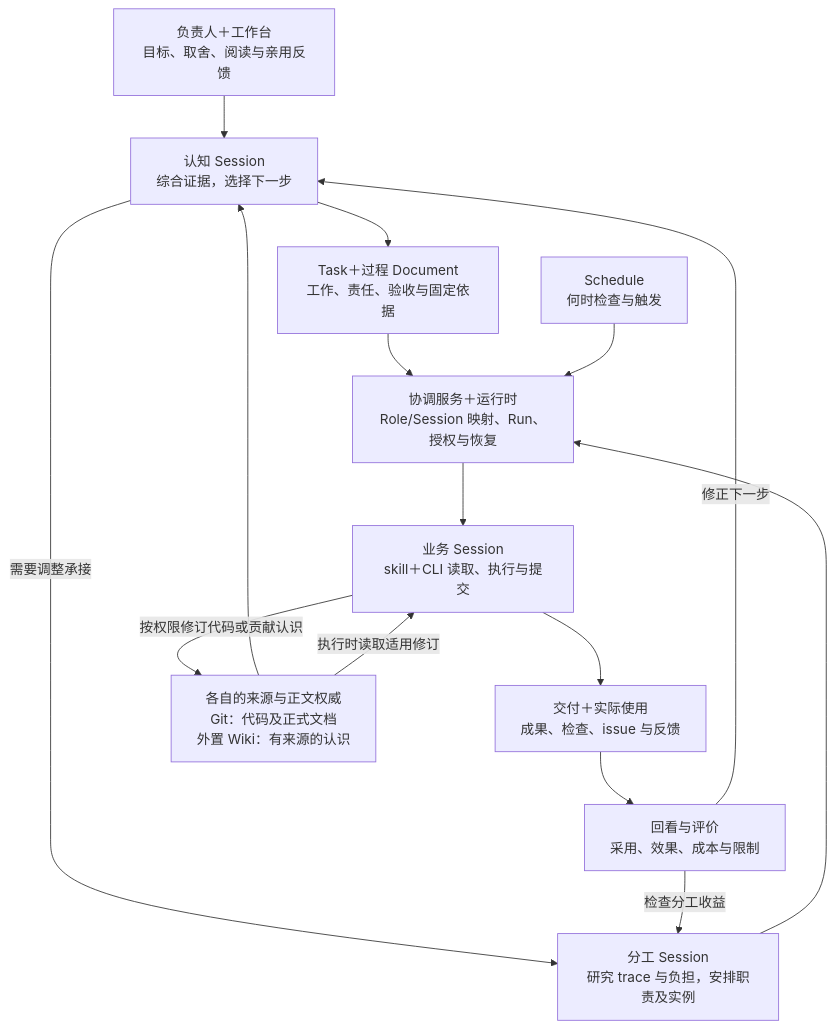
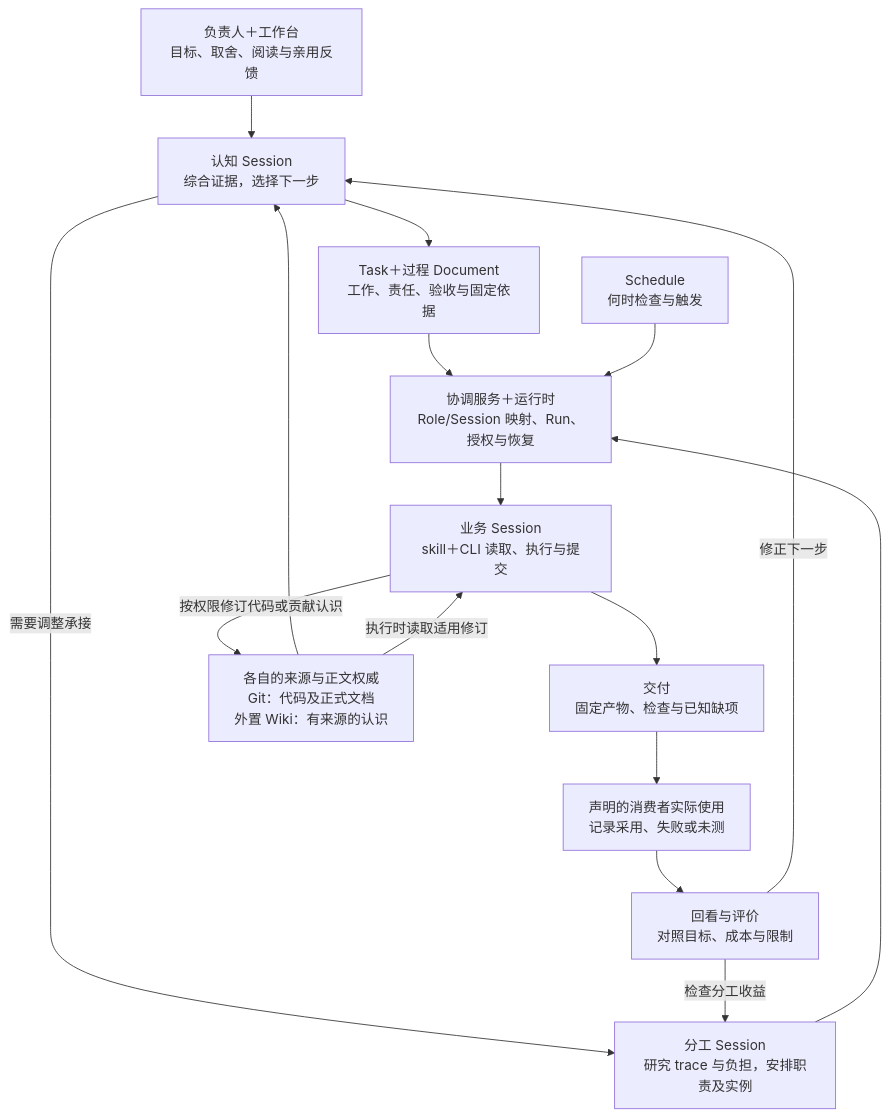
Before and after one commit to cyl19970726/evoLoop: the first of 3 diagrams in docs/product/functional-scenarios.md, drawn with Mermaid. The commit also changed other lines of this file and 6 other files, not shown here.

````diff
--- a/docs/product/functional-scenarios.md
+++ b/docs/product/functional-scenarios.md
@@ -36,17 +36,18 @@
 ```mermaid
 flowchart TB
   U["负责人＋工作台<br/>目标、取舍、阅读与亲用反馈"] --> C["认知 Session<br/>综合证据，选择下一步"]
   C --> T["Task＋过程 Document<br/>工作、责任、验收与固定依据"]
   C -->|需要调整承接| M["分工 Session<br/>研究 trace 与负担，安排职责及实例"]
   T --> Q["协调服务＋运行时<br/>Role/Session 映射、Run、授权与恢复"]
   M --> Q
   Z["Schedule<br/>何时检查与触发"] --> Q
   Q --> B["业务 Session<br/>skill＋CLI 读取、执行与提交"]
-  B --> D["交付＋实际使用<br/>成果、检查、issue 与反馈"]
-  D --> E["回看与评价<br/>采用、效果、成本与限制"]
+  B --> D["交付<br/>固定产物、检查与已知缺项"]
+  D --> V["声明的消费者实际使用<br/>记录采用、失败或未测"]
+  V --> E["回看与评价<br/>对照目标、成本与限制"]
   E -->|修正下一步| C
   E -->|检查分工收益| M
   S["各自的来源与正文权威<br/>Git：代码及正式文档<br/>外置 Wiki：有来源的认识"] --> C
   S -->|执行时读取适用修订| B
   B -->|按权限修订代码或贡献认识| S
 ```
````
